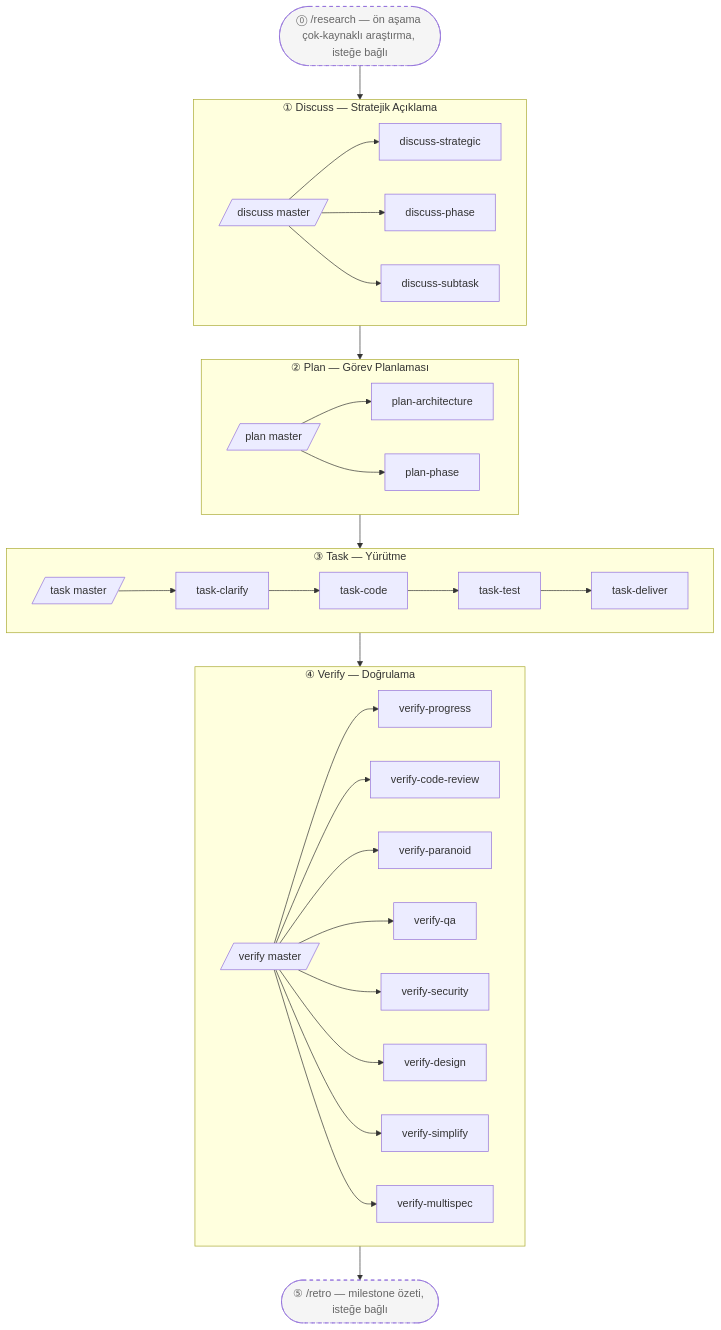
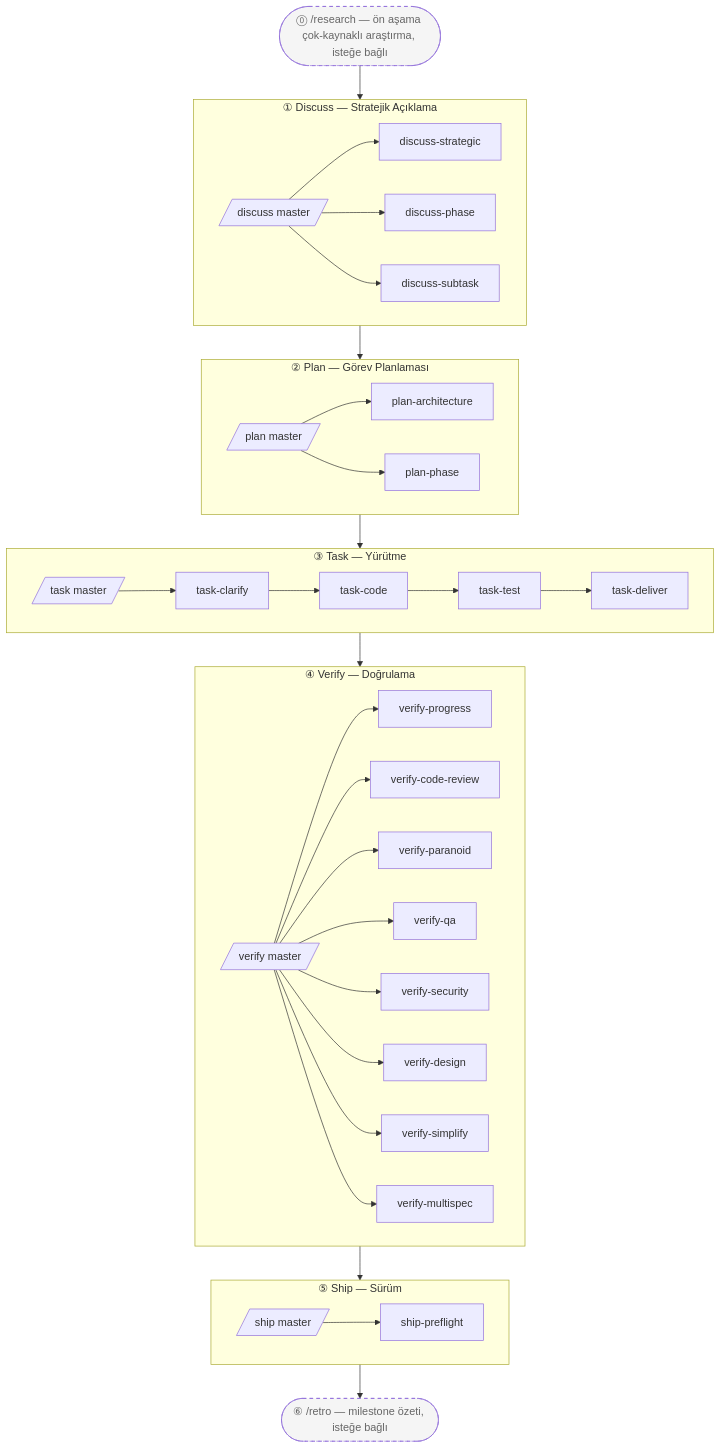
One commit to easyinplay/harnessed changed the second of 2 diagrams in README-tr.md. Above: the diagram before and after it, drawn with Mermaid. The commit also changed other lines of this file and 9 other files, not shown here.

````diff
--- a/README-tr.md
+++ b/README-tr.md
@@ -111,42 +192,47 @@
 ```mermaid
 graph TD
   RS([⓪ /research — ön aşama çok-kaynaklı araştırma, isteğe bağlı]):::optional
   subgraph Discuss[① Discuss — Stratejik Açıklama]
     DM[/discuss master/]
     DS[discuss-strategic]
     DP[discuss-phase]
     DT[discuss-subtask]
     DM --> DS & DP & DT
   end
   subgraph Plan[② Plan — Görev Planlaması]
     PM[/plan master/]
     PA[plan-architecture]
     PP[plan-phase]
     PM --> PA & PP
   end
   subgraph Task[③ Task — Yürütme]
     TM[/task master/]
     TC[task-clarify]
     TCo[task-code]
     TT[task-test]
     TD[task-deliver]
     TM --> TC --> TCo --> TT --> TD
   end
   subgraph Verify[④ Verify — Doğrulama]
     VMs[/verify master/]
     VP[verify-progress]
     VC[verify-code-review]
     VPa[verify-paranoid]
     VQ[verify-qa]
     VS[verify-security]
     VD[verify-design]
     VSi[verify-simplify]
     VM[verify-multispec]
     VMs --> VP & VC & VPa & VQ & VS & VD & VSi & VM
   end
-  RT([⑤ /retro — milestone özeti, isteğe bağlı]):::optional
+  subgraph Ship[⑤ Ship — Sürüm]
+    SMs[/ship master/]
+    SP[ship-preflight]
+    SMs --> SP
+  end
+  RT([⑥ /retro — milestone özeti, isteğe bağlı]):::optional
   RS --> Discuss
-  Discuss --> Plan --> Task --> Verify
-  Verify --> RT
+  Discuss --> Plan --> Task --> Verify --> Ship
+  Ship --> RT
   classDef optional stroke-dasharray:5 5,fill:#f5f5f5,color:#666
 ```
````
